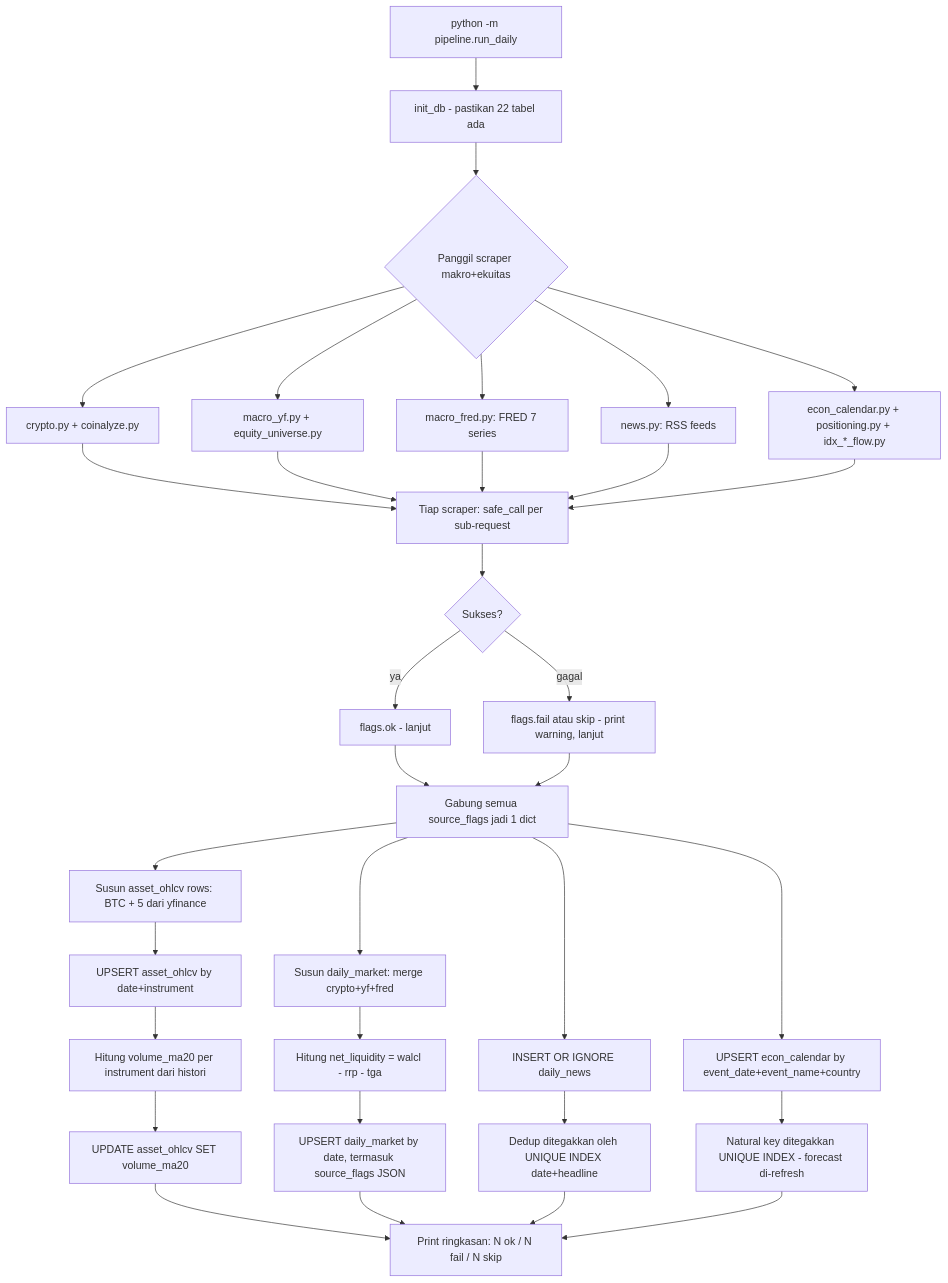
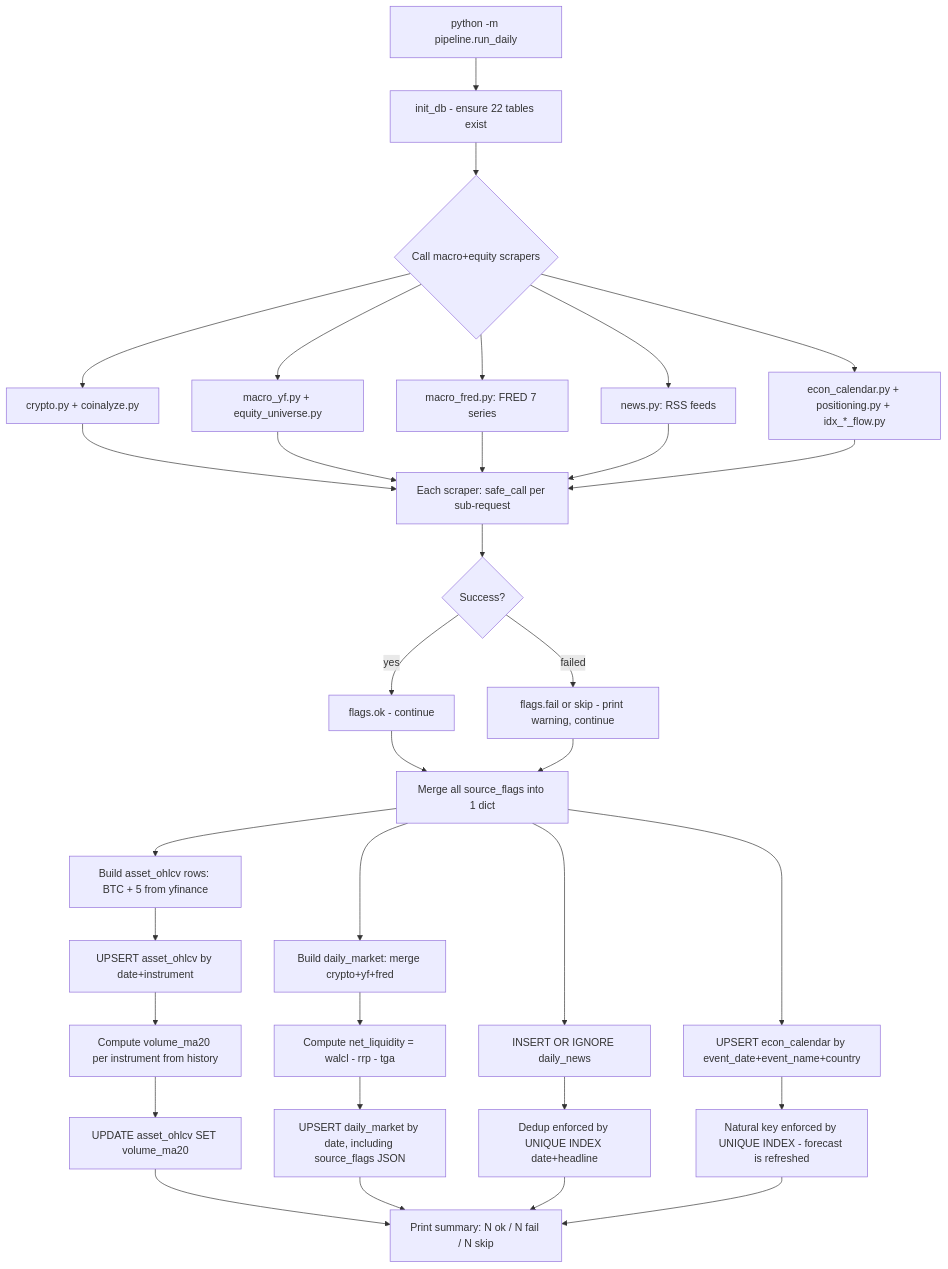
One commit to pworld/kastara-finance changed the first of 5 diagrams in docs/FLOW.md. Above: the diagram before and after it, drawn with Mermaid. The commit also changed other lines of this file and 14 other files, not shown here.

````diff
--- a/docs/FLOW.md
+++ b/docs/FLOW.md
@@ -21,42 +21,42 @@
 ```mermaid
 flowchart TD
-    A[python -m pipeline.run_daily] --> B[init_db - pastikan 22 tabel ada]
-    B --> C{Panggil scraper makro+ekuitas}
+    A[python -m pipeline.run_daily] --> B[init_db - ensure 22 tables exist]
+    B --> C{Call macro+equity scrapers}
     C --> C1[crypto.py + coinalyze.py]
     C --> C2[macro_yf.py + equity_universe.py]
     C --> C3[macro_fred.py: FRED 7 series]
     C --> C4[news.py: RSS feeds]
     C --> C5[econ_calendar.py + positioning.py + idx_*_flow.py]
 
-    C1 --> D[Tiap scraper: safe_call per sub-request]
+    C1 --> D[Each scraper: safe_call per sub-request]
     C2 --> D
     C3 --> D
     C4 --> D
     C5 --> D
-    D --> D1{Sukses?}
-    D1 -->|ya| D2[flags.ok - lanjut]
-    D1 -->|gagal| D3[flags.fail atau skip - print warning, lanjut]
+    D --> D1{Success?}
+    D1 -->|yes| D2[flags.ok - continue]
+    D1 -->|failed| D3[flags.fail or skip - print warning, continue]
 
-    D2 --> E[Gabung semua source_flags jadi 1 dict]
+    D2 --> E[Merge all source_flags into 1 dict]
     D3 --> E
 
-    E --> F[Susun asset_ohlcv rows: BTC + 5 dari yfinance]
+    E --> F[Build asset_ohlcv rows: BTC + 5 from yfinance]
     F --> G[UPSERT asset_ohlcv by date+instrument]
-    G --> H[Hitung volume_ma20 per instrument dari histori]
+    G --> H[Compute volume_ma20 per instrument from history]
     H --> I[UPDATE asset_ohlcv SET volume_ma20]
 
-    E --> J[Susun daily_market: merge crypto+yf+fred]
-    J --> K[Hitung net_liquidity = walcl - rrp - tga]
-    K --> L[UPSERT daily_market by date, termasuk source_flags JSON]
+    E --> J[Build daily_market: merge crypto+yf+fred]
+    J --> K[Compute net_liquidity = walcl - rrp - tga]
+    K --> L[UPSERT daily_market by date, including source_flags JSON]
 
     E --> M[INSERT OR IGNORE daily_news]
-    M --> N[Dedup ditegakkan oleh UNIQUE INDEX date+headline]
+    M --> N[Dedup enforced by UNIQUE INDEX date+headline]
 
     E --> P1[UPSERT econ_calendar by event_date+event_name+country]
-    P1 --> P2[Natural key ditegakkan UNIQUE INDEX - forecast di-refresh]
+    P1 --> P2[Natural key enforced by UNIQUE INDEX - forecast is refreshed]
 
-    I --> O[Print ringkasan: N ok / N fail / N skip]
+    I --> O[Print summary: N ok / N fail / N skip]
     L --> O
     N --> O
     P2 --> O
 ```
````
